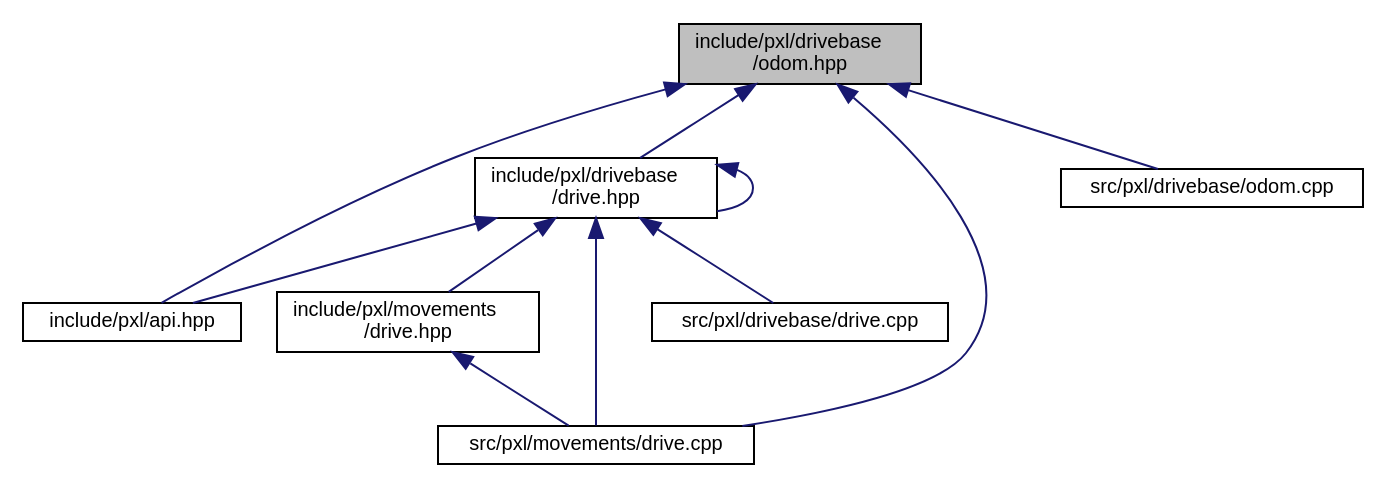
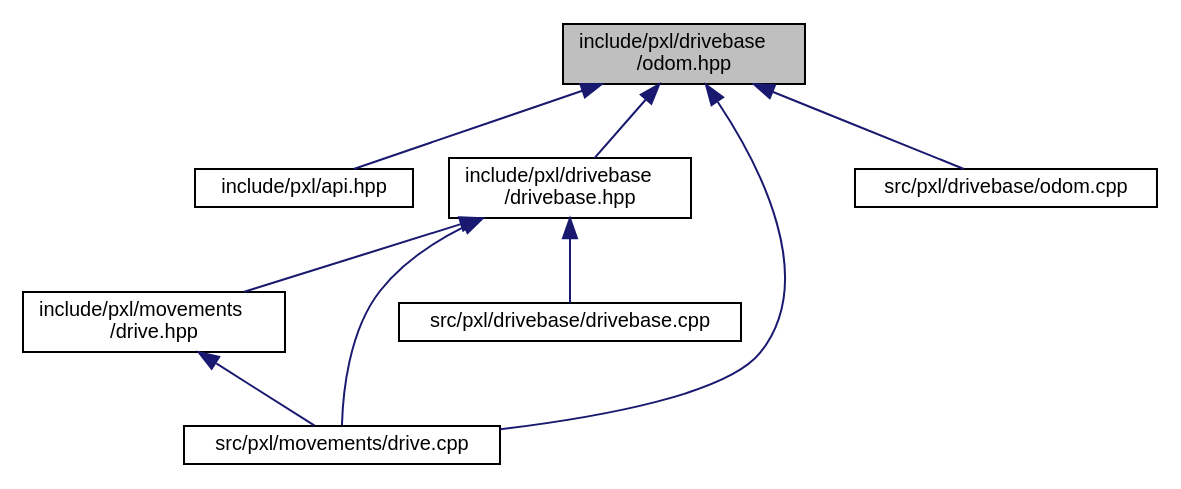
The diagram in odom_8hpp__dep__incl.dot (Pixel-Lib/Pixel), drawn with Graphviz before and after one commit. The commit also changed 130 other files, not shown here.

```diff
--- a/odom_8hpp__dep__incl.dot
+++ b/odom_8hpp__dep__incl.dot
@@ -1,23 +1,21 @@
 digraph "include/pxl/drivebase/odom.hpp"
 {
  // LATEX_PDF_SIZE
   edge [fontname="Helvetica",fontsize="10",labelfontname="Helvetica",labelfontsize="10"];
   node [fontname="Helvetica",fontsize="10",shape=record];
   Node1 [label="include/pxl/drivebase\l/odom.hpp",height=0.2,width=0.4,color="black", fillcolor="grey75", style="filled", fontcolor="black",tooltip=" "];
   Node1 -> Node2 [dir="back",color="midnightblue",fontsize="10",style="solid",fontname="Helvetica"];
   Node2 [label="include/pxl/api.hpp",height=0.2,width=0.4,color="black", fillcolor="white", style="filled",URL="$api_8hpp.html",tooltip=" "];
   Node1 -> Node3 [dir="back",color="midnightblue",fontsize="10",style="solid",fontname="Helvetica"];
-  Node3 [label="include/pxl/drivebase\l/drive.hpp",height=0.2,width=0.4,color="black", fillcolor="white", style="filled",URL="$drivebase_2drive_8hpp.html",tooltip=" "];
-  Node3 -> Node2 [dir="back",color="midnightblue",fontsize="10",style="solid",fontname="Helvetica"];
-  Node3 -> Node3 [dir="back",color="midnightblue",fontsize="10",style="solid",fontname="Helvetica"];
+  Node3 [label="include/pxl/drivebase\l/drivebase.hpp",height=0.2,width=0.4,color="black", fillcolor="white", style="filled",URL="$drivebase_8hpp.html",tooltip=" "];
   Node3 -> Node4 [dir="back",color="midnightblue",fontsize="10",style="solid",fontname="Helvetica"];
-  Node4 [label="include/pxl/movements\l/drive.hpp",height=0.2,width=0.4,color="black", fillcolor="white", style="filled",URL="$movements_2drive_8hpp.html",tooltip=" "];
+  Node4 [label="include/pxl/movements\l/drive.hpp",height=0.2,width=0.4,color="black", fillcolor="white", style="filled",URL="$drive_8hpp.html",tooltip=" "];
   Node4 -> Node5 [dir="back",color="midnightblue",fontsize="10",style="solid",fontname="Helvetica"];
-  Node5 [label="src/pxl/movements/drive.cpp",height=0.2,width=0.4,color="black", fillcolor="white", style="filled",URL="$movements_2drive_8cpp.html",tooltip=" "];
+  Node5 [label="src/pxl/movements/drive.cpp",height=0.2,width=0.4,color="black", fillcolor="white", style="filled",URL="$drive_8cpp.html",tooltip=" "];
   Node3 -> Node6 [dir="back",color="midnightblue",fontsize="10",style="solid",fontname="Helvetica"];
-  Node6 [label="src/pxl/drivebase/drive.cpp",height=0.2,width=0.4,color="black", fillcolor="white", style="filled",URL="$drivebase_2drive_8cpp.html",tooltip=" "];
+  Node6 [label="src/pxl/drivebase/drivebase.cpp",height=0.2,width=0.4,color="black", fillcolor="white", style="filled",URL="$drivebase_8cpp.html",tooltip=" "];
   Node3 -> Node5 [dir="back",color="midnightblue",fontsize="10",style="solid",fontname="Helvetica"];
   Node1 -> Node7 [dir="back",color="midnightblue",fontsize="10",style="solid",fontname="Helvetica"];
   Node7 [label="src/pxl/drivebase/odom.cpp",height=0.2,width=0.4,color="black", fillcolor="white", style="filled",URL="$odom_8cpp.html",tooltip=" "];
   Node1 -> Node5 [dir="back",color="midnightblue",fontsize="10",style="solid",fontname="Helvetica"];
 }
```
